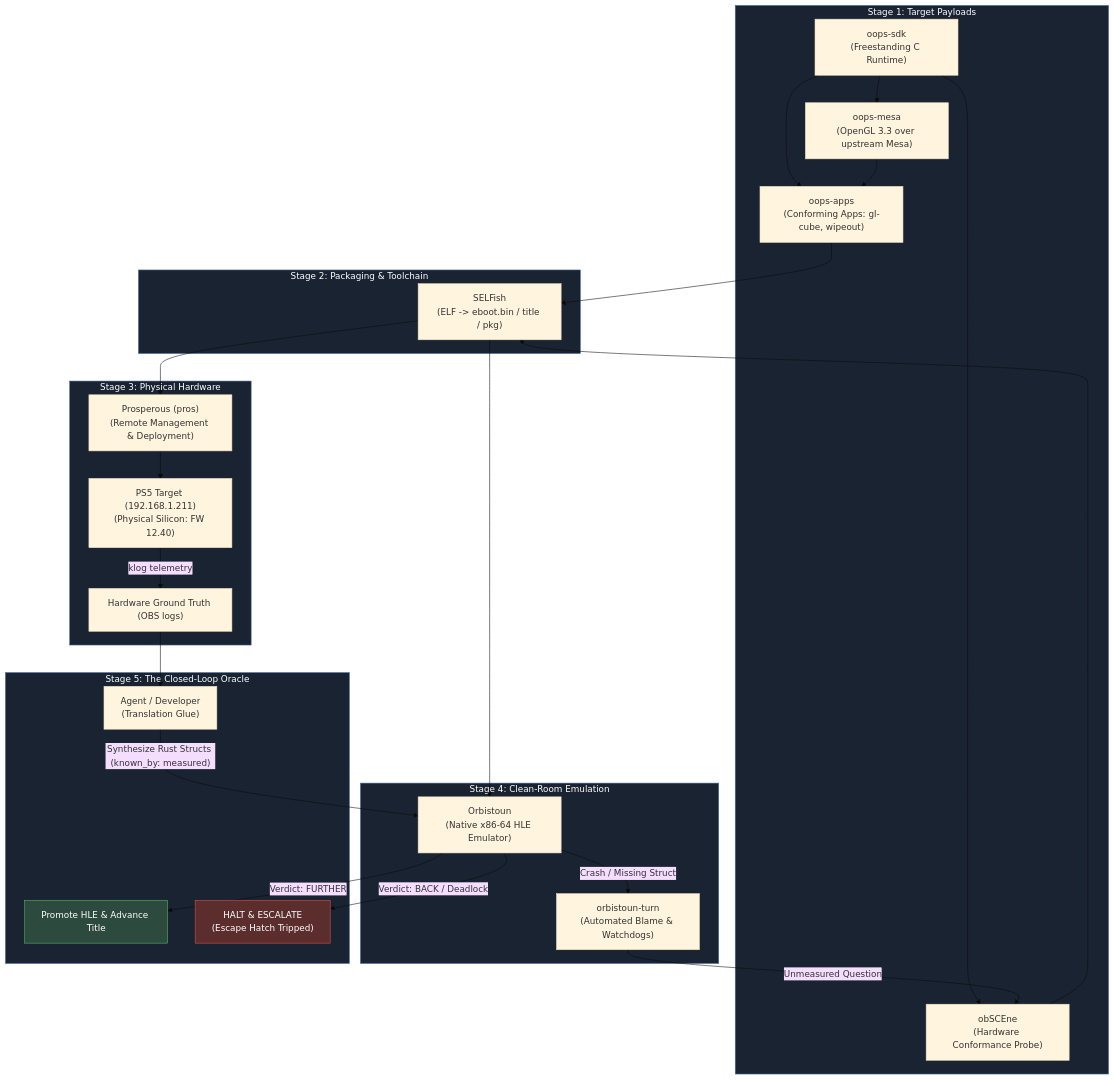
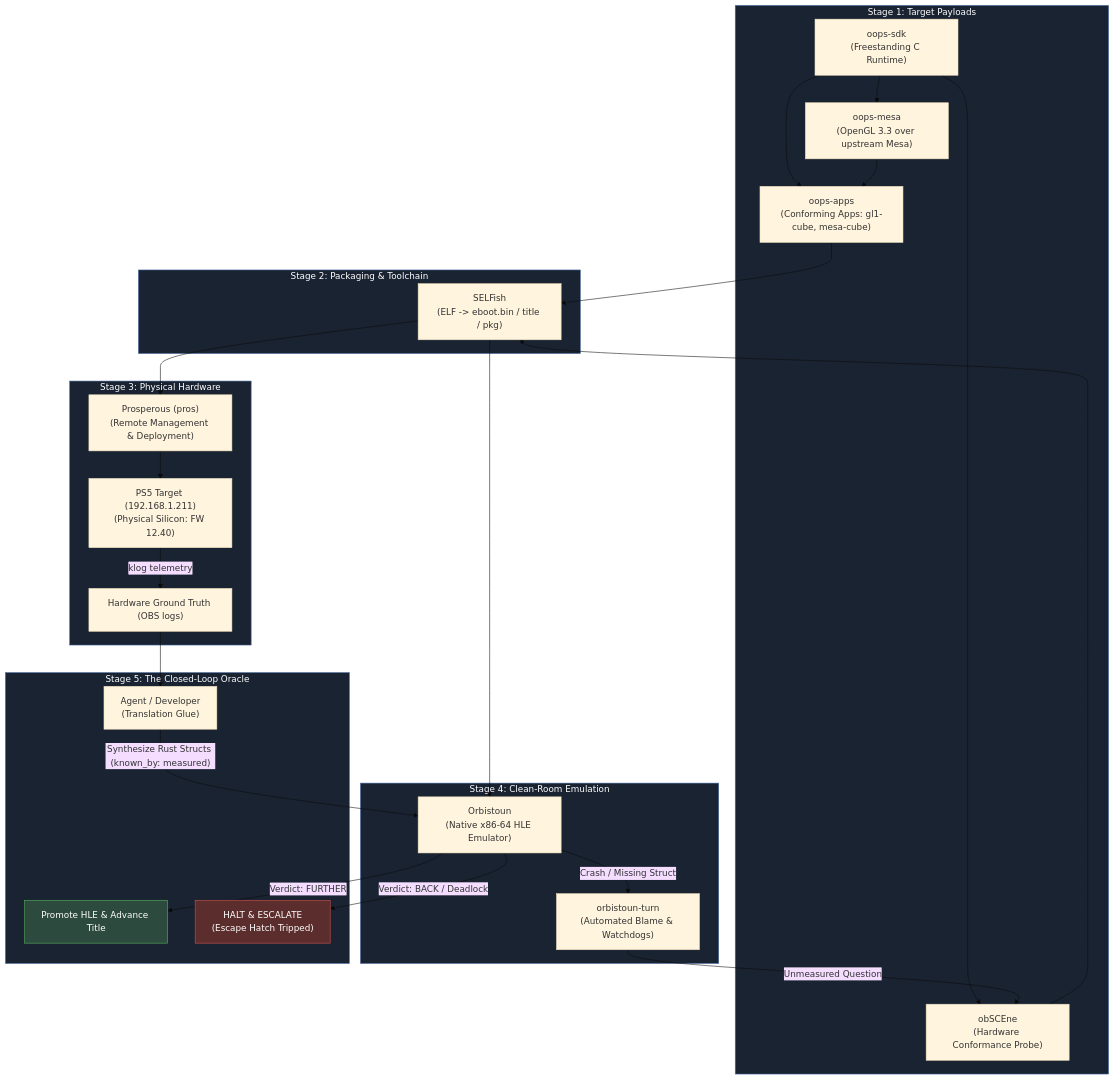
Before and after one commit to project-oops/OOPS: the diagram in docs/THE_LOOP.md, drawn with Mermaid (base theme). The commit also changed other lines of this file and 10 other files, not shown here.

````diff
--- a/docs/THE_LOOP.md
+++ b/docs/THE_LOOP.md
@@ -17,40 +17,40 @@
 ```mermaid
 flowchart TD
     subgraph S1["Stage 1: Target Payloads"]
-        SDK["oops-sdk<br/>(Freestanding C Runtime)"] --> APPS["oops-apps<br/>(Conforming Apps: gl-cube, wipeout)"]
+        SDK["oops-sdk<br/>(Freestanding C Runtime)"] --> APPS["oops-apps<br/>(Conforming Apps: gl1-cube, mesa-cube)"]
         SDK --> OBSCENE["obSCEne<br/>(Hardware Conformance Probe)"]
         SDK --> MESA["oops-mesa<br/>(OpenGL 3.3 over upstream Mesa)"]
         MESA --> APPS
     end
 
     subgraph S2["Stage 2: Packaging & Toolchain"]
         APPS --> SELFISH["SELFish<br/>(ELF -> eboot.bin / title / pkg)"]
         OBSCENE --> SELFISH
     end
 
     subgraph S3["Stage 3: Physical Hardware"]
         SELFISH --> PROS["Prosperous (pros)<br/>(Remote Management & Deployment)"]
         PROS --> HW["PS5 Target (192.168.1.211)<br/>(Physical Silicon: FW 12.40)"]
         HW -- "klog telemetry" --> TELEMETRY["Hardware Ground Truth (OBS logs)"]
     end
 
     subgraph S4["Stage 4: Clean-Room Emulation"]
         SELFISH --> ORB["Orbistoun<br/>(Native x86-64 HLE Emulator)"]
         ORB -- "Crash / Missing Struct" --> TURN["orbistoun-turn<br/>(Automated Blame & Watchdogs)"]
     end
 
     subgraph S5["Stage 5: The Closed-Loop Oracle"]
         TURN -- "Unmeasured Question" --> OBSCENE
         TELEMETRY --> AGENT["Agent / Developer<br/>(Translation Glue)"]
         AGENT -- "Synthesize Rust Structs (known_by: measured)" --> ORB
         ORB -- "Verdict: FURTHER" --> PROMOTE["Promote HLE & Advance Title"]
         ORB -- "Verdict: BACK / Deadlock" --> HATCH["HALT & ESCALATE<br/>(Escape Hatch Tripped)"]
     end
 
     classDef stage fill:#1a2332,stroke:#4a6fa5,color:#fff
     classDef highlight fill:#2d4a3e,stroke:#5cb85c,color:#fff
     classDef escape fill:#5c2d2d,stroke:#d9534f,color:#fff
     class S1,S2,S3,S4,S5 stage
     class PROMOTE highlight
     class HATCH escape
 ```
````
